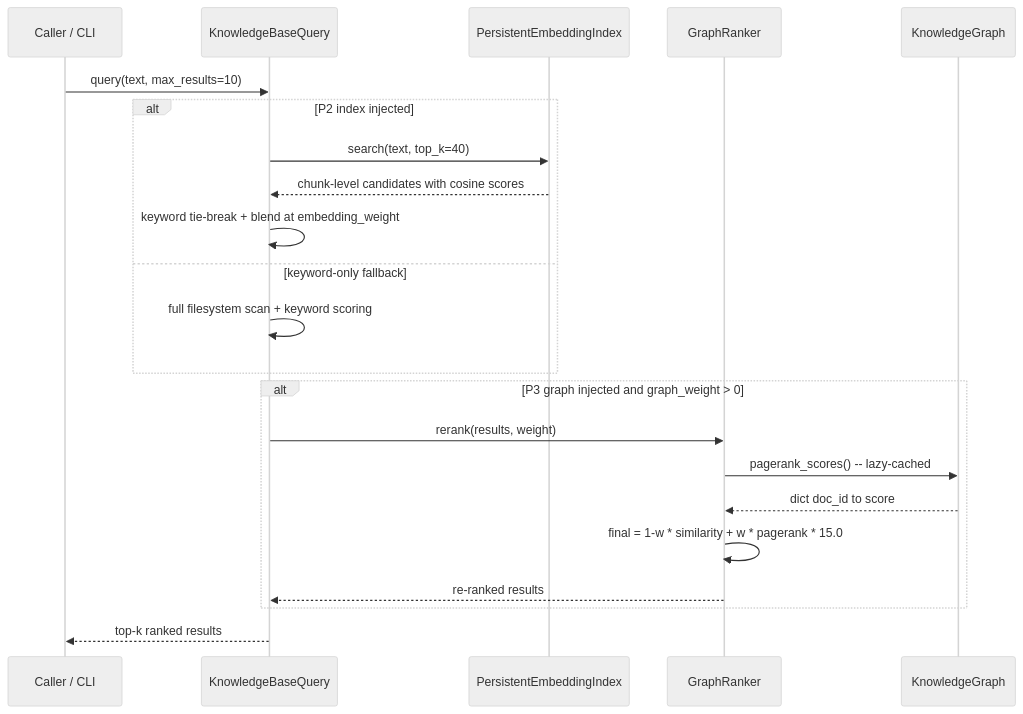
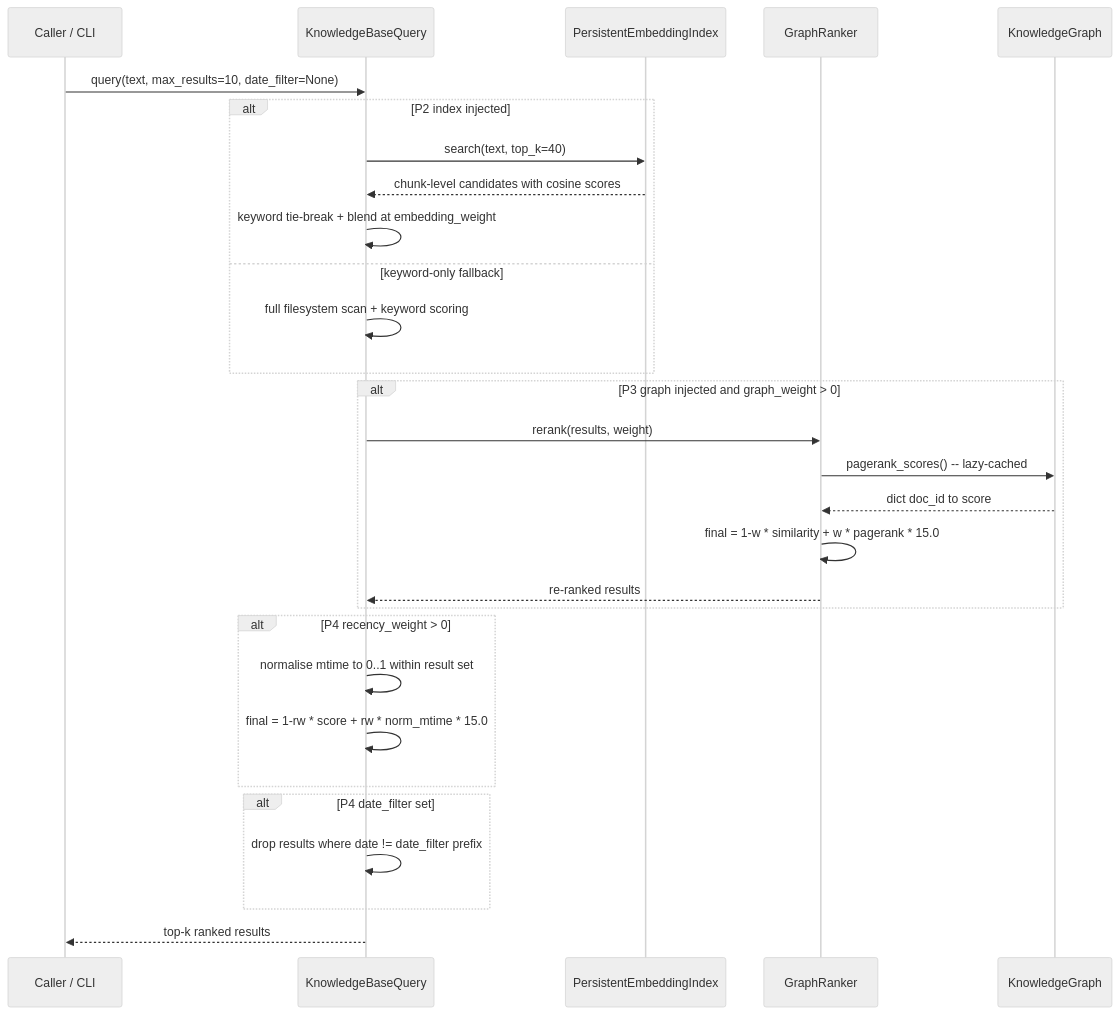
The fourth of 7 diagrams in docs/architecture/ARCHITECTURE.md (davidleconte/bob-llmwiki-knowledge-manager), drawn with Mermaid (neutral theme) before and after one commit. The commit also changed other lines of this file and 22 other files, not shown here.

````diff
--- a/docs/architecture/ARCHITECTURE.md
+++ b/docs/architecture/ARCHITECTURE.md
@@ -155,25 +155,32 @@
 ```mermaid
 sequenceDiagram
     participant U as Caller / CLI
     participant KBQ as KnowledgeBaseQuery
     participant IDX as PersistentEmbeddingIndex
     participant GR as GraphRanker
     participant KG as KnowledgeGraph
 
-    U->>KBQ: query(text, max_results=10)
+    U->>KBQ: query(text, max_results=10, date_filter=None)
     alt P2 index injected
         KBQ->>IDX: search(text, top_k=40)
         IDX-->>KBQ: chunk-level candidates with cosine scores
         KBQ->>KBQ: keyword tie-break + blend at embedding_weight
     else keyword-only fallback
         KBQ->>KBQ: full filesystem scan + keyword scoring
     end
     alt P3 graph injected and graph_weight > 0
         KBQ->>GR: rerank(results, weight)
         GR->>KG: pagerank_scores() -- lazy-cached
         KG-->>GR: dict doc_id to score
         GR->>GR: final = 1-w * similarity + w * pagerank * 15.0
         GR-->>KBQ: re-ranked results
     end
+    alt P4 recency_weight > 0
+        KBQ->>KBQ: normalise mtime to 0..1 within result set
+        KBQ->>KBQ: final = 1-rw * score + rw * norm_mtime * 15.0
+    end
+    alt P4 date_filter set
+        KBQ->>KBQ: drop results where date != date_filter prefix
+    end
     KBQ-->>U: top-k ranked results
 ```
````
